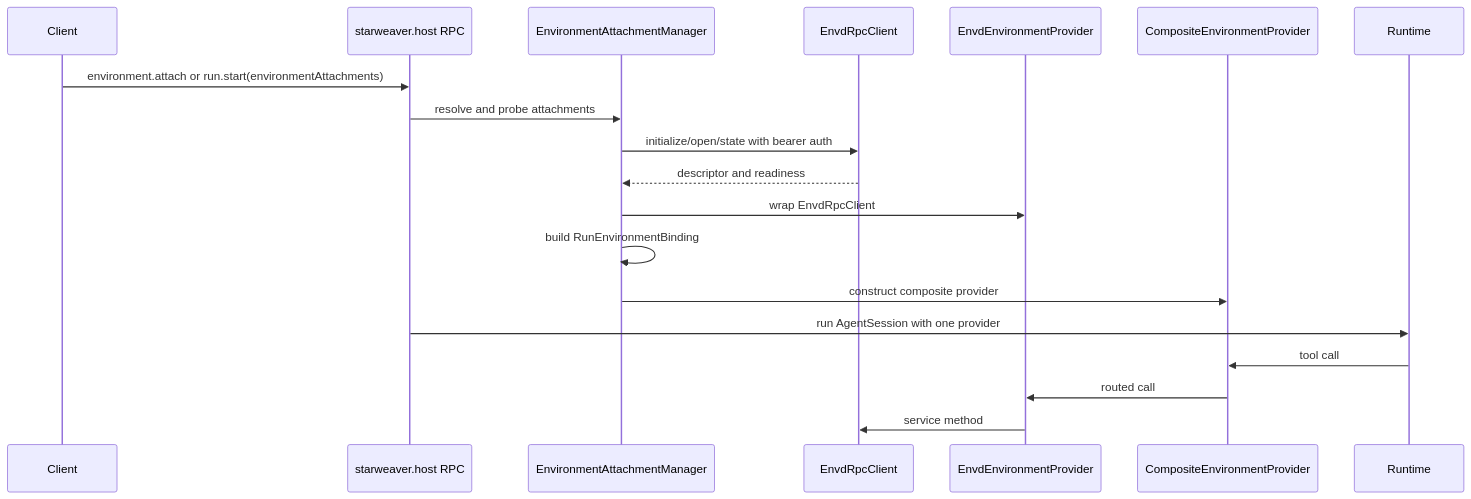
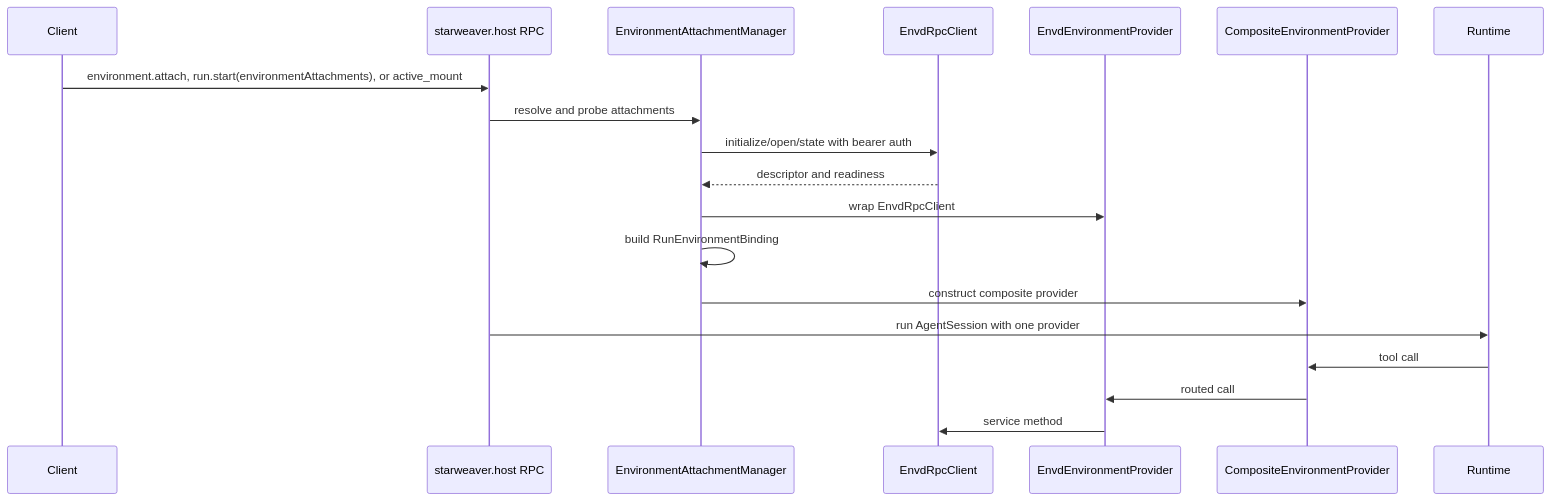
The sixth of 7 diagrams in spec/environment/02-tool-binding-and-envd-adapter.md (Wh1isper/starweaver), drawn with Mermaid before and after one commit. The commit also changed other lines of this file and 11 other files, not shown here.

````diff
--- a/spec/environment/02-tool-binding-and-envd-adapter.md
+++ b/spec/environment/02-tool-binding-and-envd-adapter.md
@@ -267,22 +272,22 @@
 ```mermaid
 sequenceDiagram
     participant Client
     participant HostRPC as starweaver.host RPC
     participant Manager as EnvironmentAttachmentManager
     participant EnvdClient as EnvdRpcClient
     participant Provider as EnvdEnvironmentProvider
     participant Composite as CompositeEnvironmentProvider
     participant Runtime
 
-    Client->>HostRPC: environment.attach or run.start(environmentAttachments)
+    Client->>HostRPC: environment.attach, run.start(environmentAttachments), or active_mount
     HostRPC->>Manager: resolve and probe attachments
     Manager->>EnvdClient: initialize/open/state with bearer auth
     EnvdClient-->>Manager: descriptor and readiness
     Manager->>Provider: wrap EnvdRpcClient
     Manager->>Manager: build RunEnvironmentBinding
     Manager->>Composite: construct composite provider
     HostRPC->>Runtime: run AgentSession with one provider
     Runtime->>Composite: tool call
     Composite->>Provider: routed call
     Provider->>EnvdClient: service method
 ```
````
